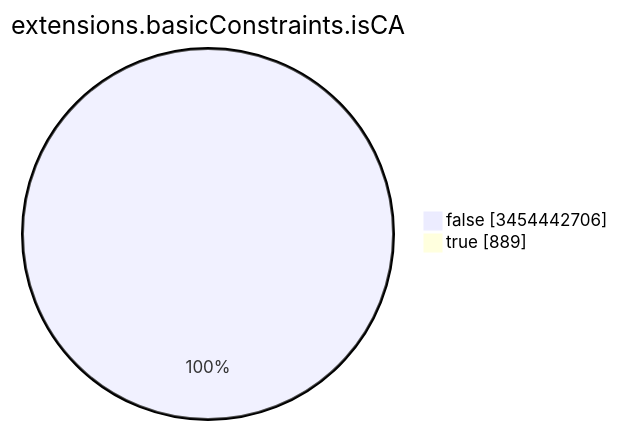
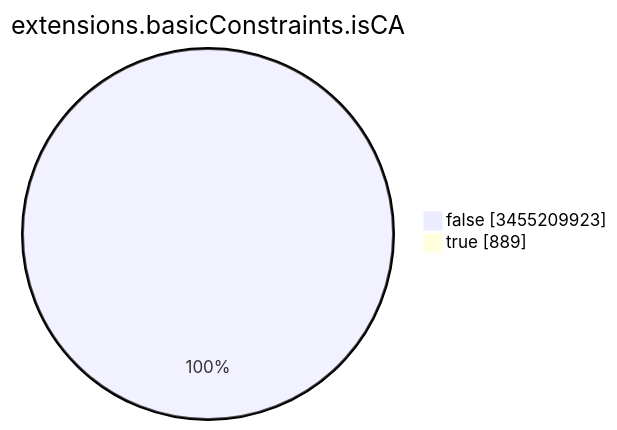
One commit to christiankrug/ctmonitor_visualization changed the seventh of 15 diagrams in TOTAL/README.md. Above: the diagram before and after it, drawn with Mermaid. The commit also changed other lines of this file, not shown here.

````diff
--- a/TOTAL/README.md
+++ b/TOTAL/README.md
@@ -3092,6 +3093,6 @@
 ```mermaid
 pie showData
 title extensions.basicConstraints.isCA
-"false" :3454442706
+"false" :3455209923
 "true" :889
 ```
````
